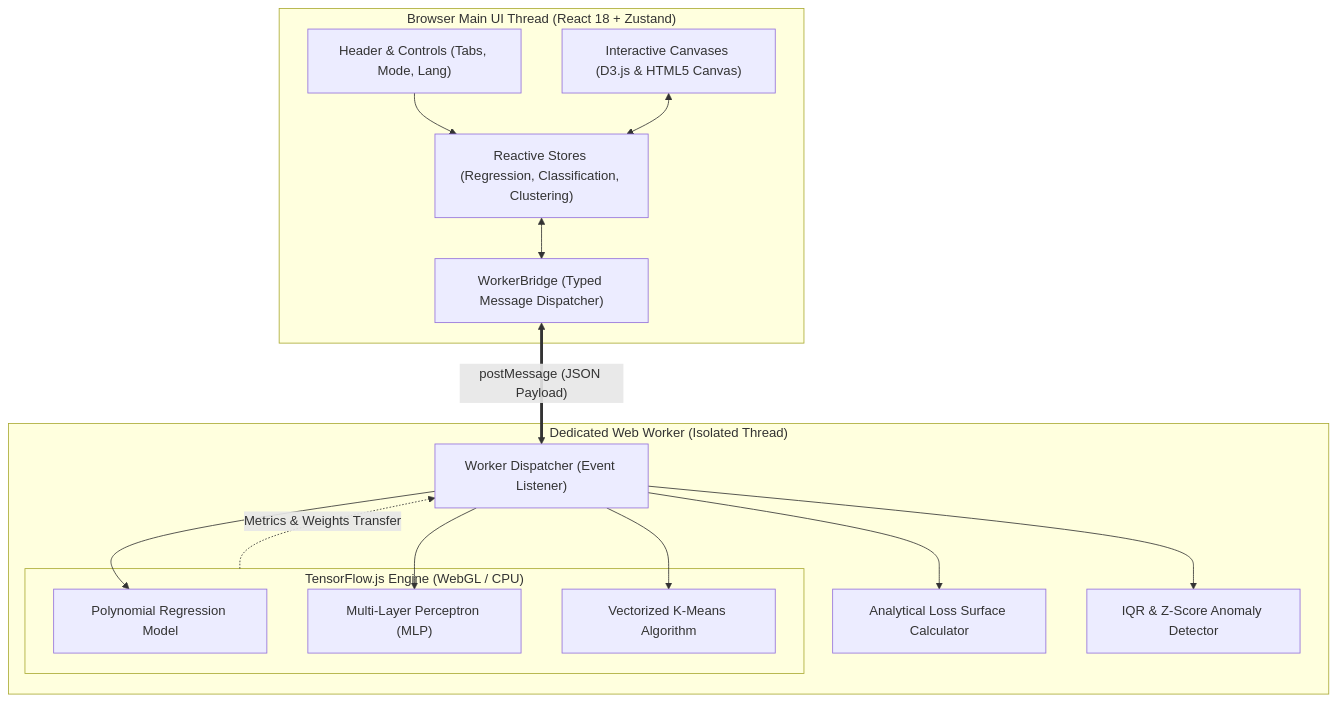
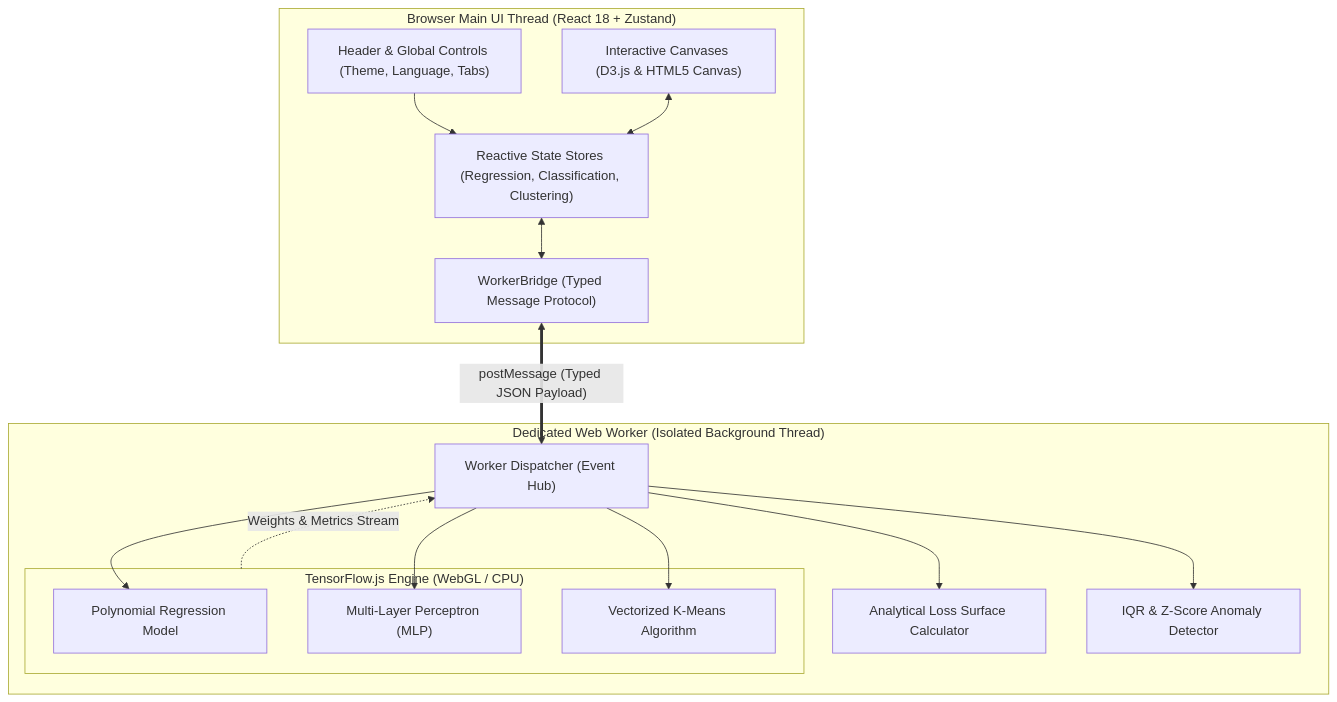
Before and after one commit to ZillerDX/ml-model-playground: the diagram in README.md, drawn with Mermaid. The commit also changed other lines of this file and 1 other file, not shown here.

````diff
--- a/README.md
+++ b/README.md
@@ -131,31 +104,31 @@
 ```mermaid
 flowchart TB
     subgraph Browser_Main_Thread["Browser Main UI Thread (React 18 + Zustand)"]
-        UI_Header["Header & Controls (Tabs, Mode, Lang)"]
+        UI_Header["Header & Global Controls (Theme, Language, Tabs)"]
         UI_Canvases["Interactive Canvases (D3.js & HTML5 Canvas)"]
-        UI_Store["Reactive Stores (Regression, Classification, Clustering)"]
-        Worker_Bridge["WorkerBridge (Typed Message Dispatcher)"]
+        UI_Store["Reactive State Stores (Regression, Classification, Clustering)"]
+        Worker_Bridge["WorkerBridge (Typed Message Protocol)"]
     end
 
-    subgraph Background_Worker["Dedicated Web Worker (Isolated Thread)"]
-        Worker_Dispatcher["Worker Dispatcher (Event Listener)"]
+    subgraph Background_Worker["Dedicated Web Worker (Isolated Background Thread)"]
+        Worker_Dispatcher["Worker Dispatcher (Event Hub)"]
         subgraph TFJS_Core["TensorFlow.js Engine (WebGL / CPU)"]
             TF_Regression["Polynomial Regression Model"]
             TF_NeuralNet["Multi-Layer Perceptron (MLP)"]
             TF_KMeans["Vectorized K-Means Algorithm"]
         end
         Loss_Surface_Engine["Analytical Loss Surface Calculator"]
         Outlier_Engine["IQR & Z-Score Anomaly Detector"]
     end
 
     UI_Header --> UI_Store
     UI_Canvases <--> UI_Store
     UI_Store <--> Worker_Bridge
-    Worker_Bridge <== "postMessage (JSON Payload)" ==> Worker_Dispatcher
+    Worker_Bridge <== "postMessage (Typed JSON Payload)" ==> Worker_Dispatcher
     Worker_Dispatcher --> TF_Regression
     Worker_Dispatcher --> TF_NeuralNet
     Worker_Dispatcher --> TF_KMeans
     Worker_Dispatcher --> Loss_Surface_Engine
     Worker_Dispatcher --> Outlier_Engine
-    TFJS_Core -. "Metrics & Weights Transfer" .-> Worker_Dispatcher
+    TFJS_Core -. "Weights & Metrics Stream" .-> Worker_Dispatcher
 ```
````
